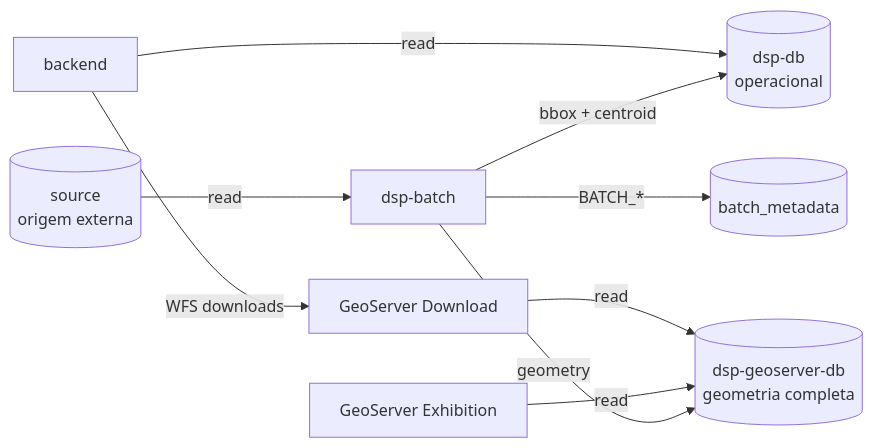
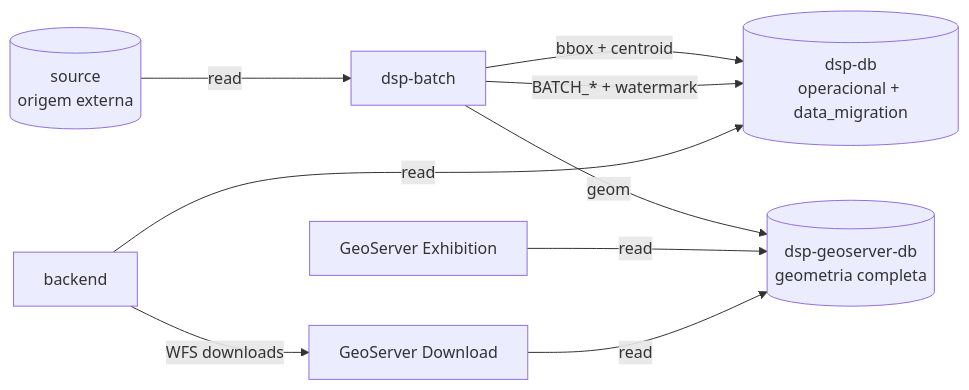
Before and after one commit to kleber-albino/rer-dsp-docs: the first of 2 diagrams in docs/architecture/databases.md, drawn with Mermaid. The commit also changed other lines of this file and 14 other files, not shown here.

````diff
--- a/docs/architecture/databases.md
+++ b/docs/architecture/databases.md
@@ -23,20 +23,19 @@
 ```mermaid
 flowchart LR
   src[(source<br/>origem externa)]
   job[dsp-batch]
-  dsp[(dsp-db<br/>operacional)]
+  dsp[(dsp-db<br/>operacional + data_migration)]
   ex[(dsp-geoserver-db<br/>geometria completa)]
-  batch[(batch_metadata)]
   api[backend]
   gsEx[GeoServer Exhibition]
   gsDl[GeoServer Download]
 
   src -->|read| job
   job -->|bbox + centroid| dsp
-  job -->|geometry| ex
-  job -->|BATCH_*| batch
+  job -->|geom| ex
+  job -->|BATCH_* + watermark| dsp
   api -->|read| dsp
   api -->|WFS downloads| gsDl
   gsEx -->|read| ex
   gsDl -->|read| ex
 ```
````
